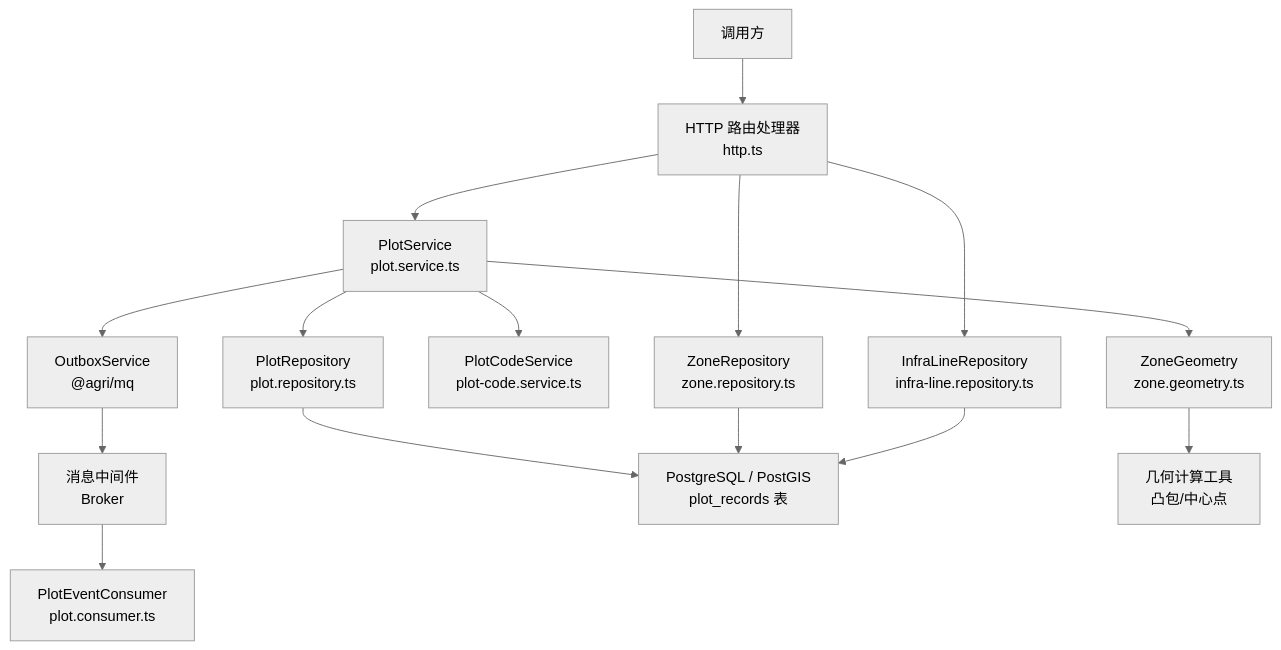
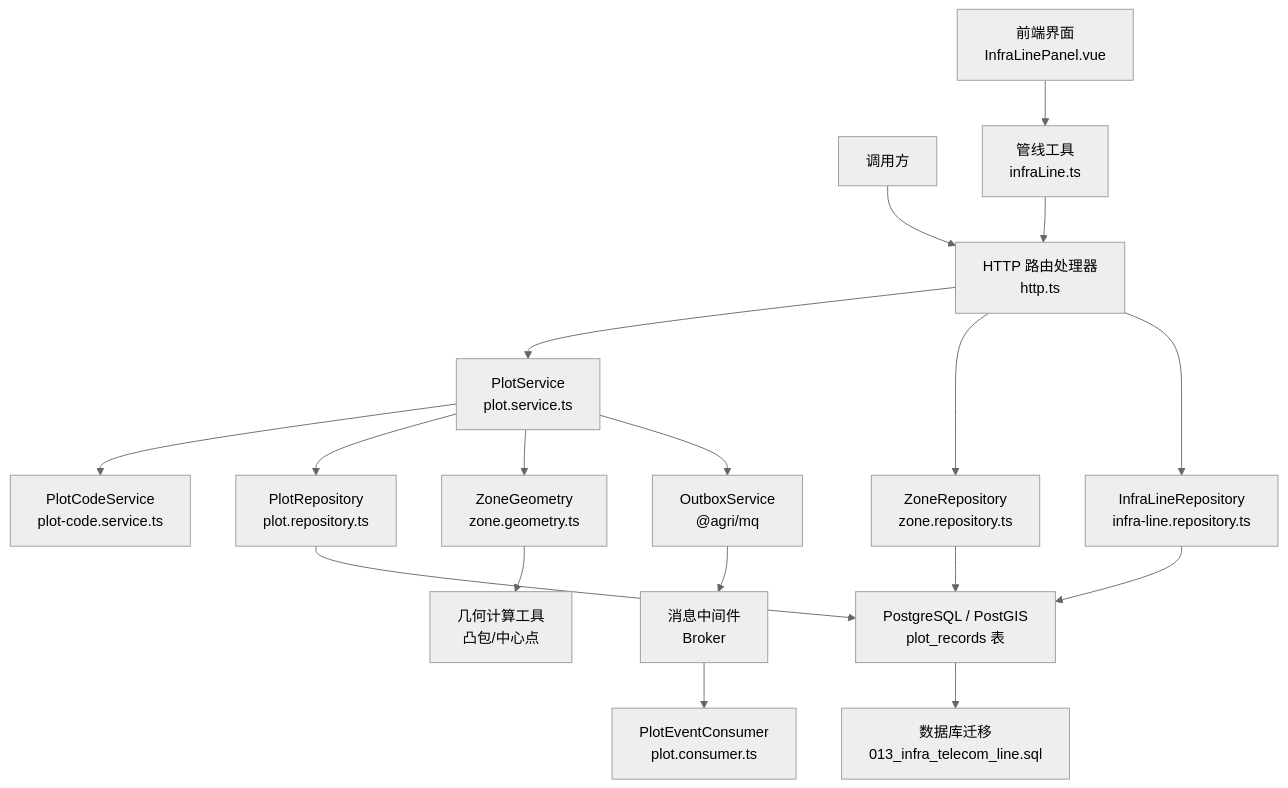
One commit to q446328246/agri-platform changed the first of 10 diagrams in .qoder/repowiki/zh/content/核心服务文档/地块管理服务.md. Above: the diagram before and after it, drawn with Mermaid (neutral theme). The commit also changed other lines of this file and 39 other files, not shown here.

````diff
--- a/.qoder/repowiki/zh/content/核心服务文档/地块管理服务.md
+++ b/.qoder/repowiki/zh/content/核心服务文档/地块管理服务.md
@@ -61,17 +67,20 @@
 ```mermaid
 graph TB
 Client["调用方"] --> HTTP["HTTP 路由处理器<br/>http.ts"]
 HTTP --> Service["PlotService<br/>plot.service.ts"]
 HTTP --> ZoneRepo["ZoneRepository<br/>zone.repository.ts"]
 HTTP --> InfraLineRepo["InfraLineRepository<br/>infra-line.repository.ts"]
 Service --> Code["PlotCodeService<br/>plot-code.service.ts"]
 Service --> Repo["PlotRepository<br/>plot.repository.ts"]
 Service --> Geometry["ZoneGeometry<br/>zone.geometry.ts"]
 Service --> Outbox["OutboxService<br/>@agri/mq"]
 Outbox --> MQ["消息中间件<br/>Broker"]
 MQ --> Consumer["PlotEventConsumer<br/>plot.consumer.ts"]
 Repo --> DB["PostgreSQL / PostGIS<br/>plot_records 表"]
 ZoneRepo --> DB
 InfraLineRepo --> DB
 Geometry --> Utils["几何计算工具<br/>凸包/中心点"]
+DB --> Migration["数据库迁移<br/>013_infra_telecom_line.sql"]
+Frontend["前端界面<br/>InfraLinePanel.vue"] --> WebUtils["管线工具<br/>infraLine.ts"]
+WebUtils --> HTTP
 ```
````
